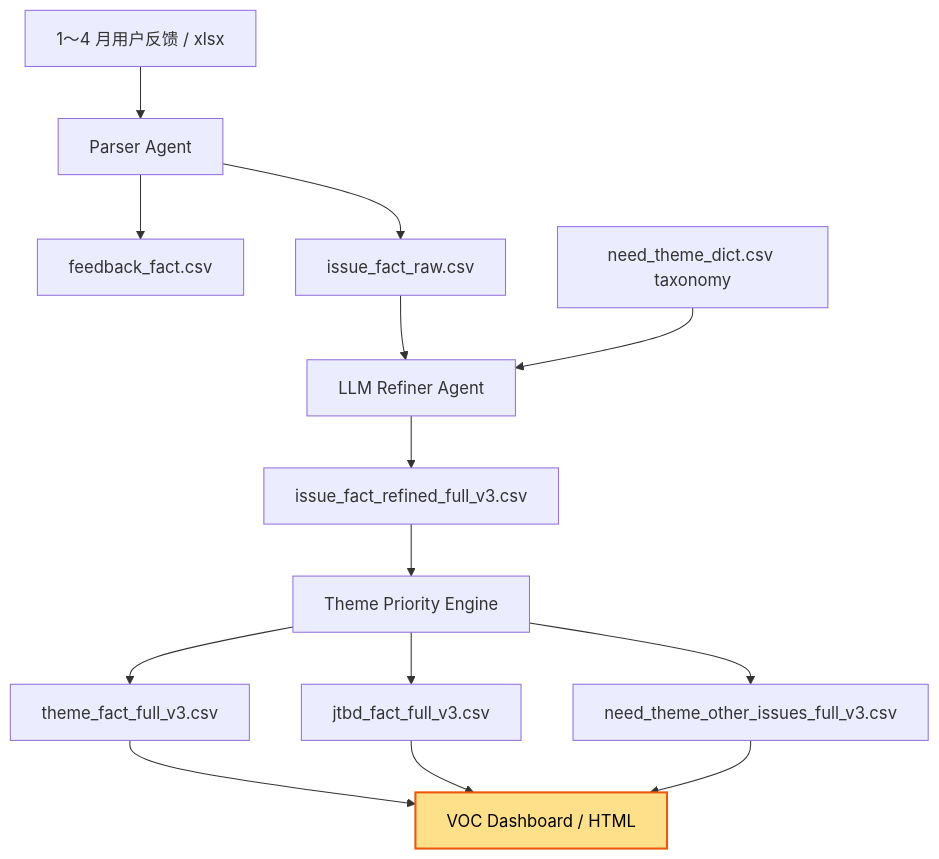
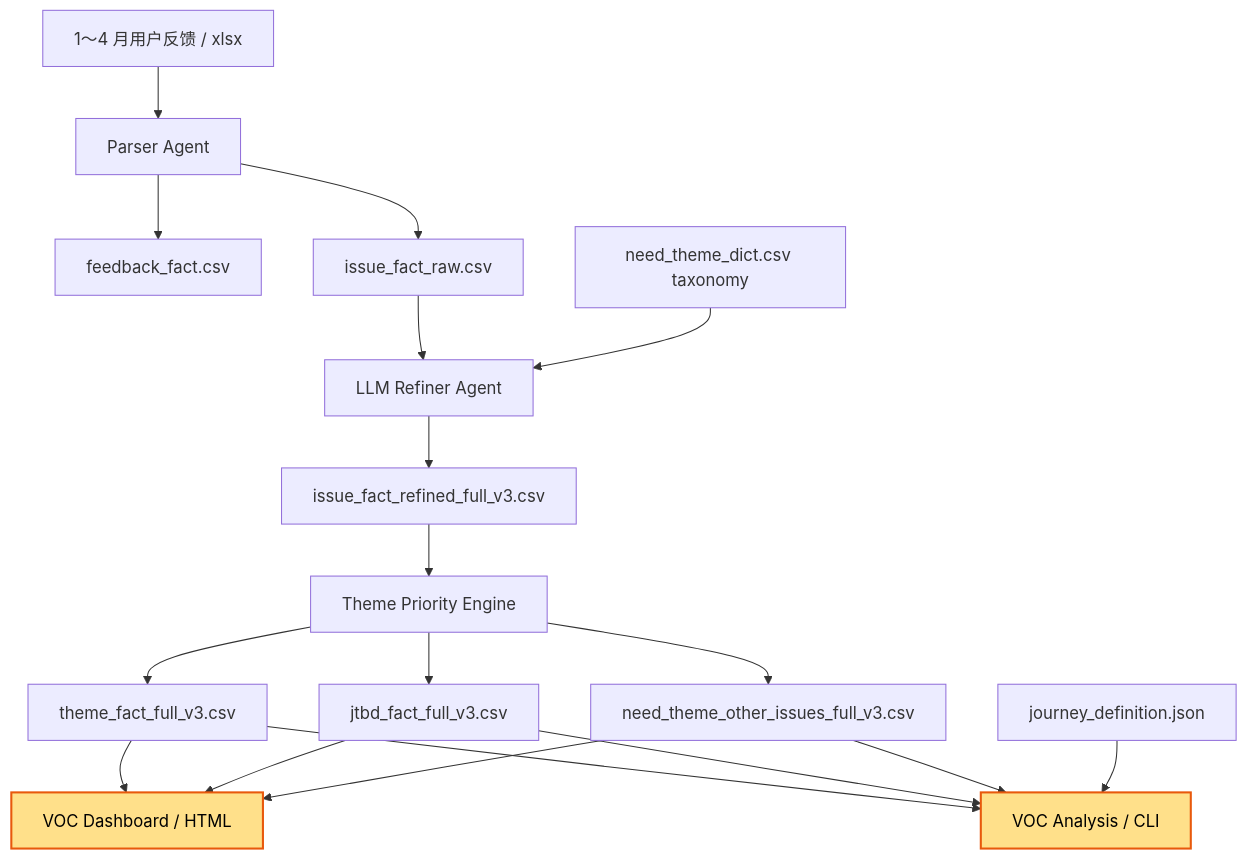
Before and after one commit to zhangzihaoDT/product_voc: the diagram in README.md, drawn with Mermaid. The commit also changed other lines of this file, not shown here.

Commit message:
Update README with voc_analysis.py pipeline and journey_definition.json

````diff
--- a/README.md
+++ b/README.md
@@ -5,22 +5,27 @@
 ```mermaid
 flowchart TD
   A[1～4 月用户反馈 / xlsx] --> B[Parser Agent]
   B --> C[feedback_fact.csv]
   B --> D[issue_fact_raw.csv]
 
   D --> E[LLM Refiner Agent]
   T[need_theme_dict.csv taxonomy] --> E
   E --> F[issue_fact_refined_full_v3.csv]
 
   F --> G[Theme Priority Engine]
   G --> H[theme_fact_full_v3.csv]
   G --> I[jtbd_fact_full_v3.csv]
   G --> J[need_theme_other_issues_full_v3.csv]
 
   H --> K[VOC Dashboard / HTML]
   I --> K
   J --> K
 
+  H --> L[VOC Analysis / CLI]
+  I --> L
+  J --> L
+  M[journey_definition.json] --> L
+
   classDef highlight fill:#FFE08A,stroke:#E8590C,stroke-width:2px,color:#000;
-  class K highlight;
+  class K,L highlight;
 ```
````
